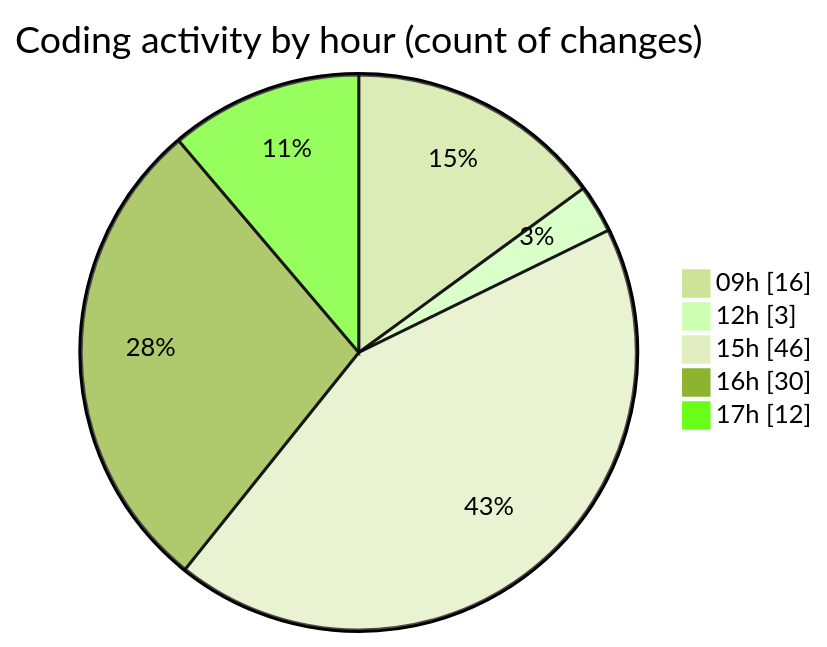
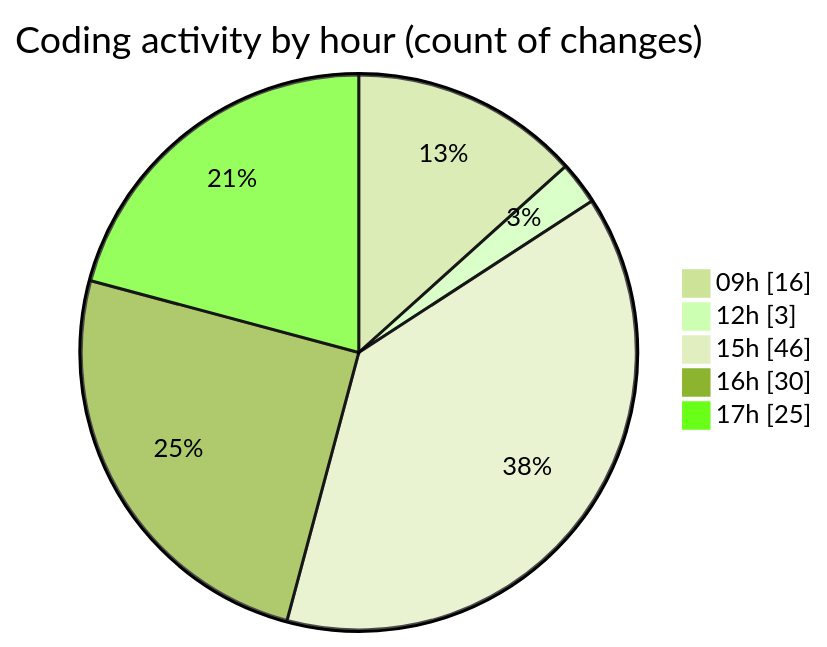
Before and after one commit to momahboobian/code-tracking: the second of 2 diagrams in 2025-07-08/cda/README.md, drawn with Mermaid (forest theme). The commit also changed other lines of this file and 1 other file, not shown here.

````diff
--- a/2025-07-08/cda/README.md
+++ b/2025-07-08/cda/README.md
@@ -56,9 +57,9 @@
 ```mermaid
 pie showData
 title Coding activity by hour (count of changes)
 "09h" : 16
 "12h" : 3
 "15h" : 46
 "16h" : 30
-"17h" : 12
+"17h" : 25
 ```
````
